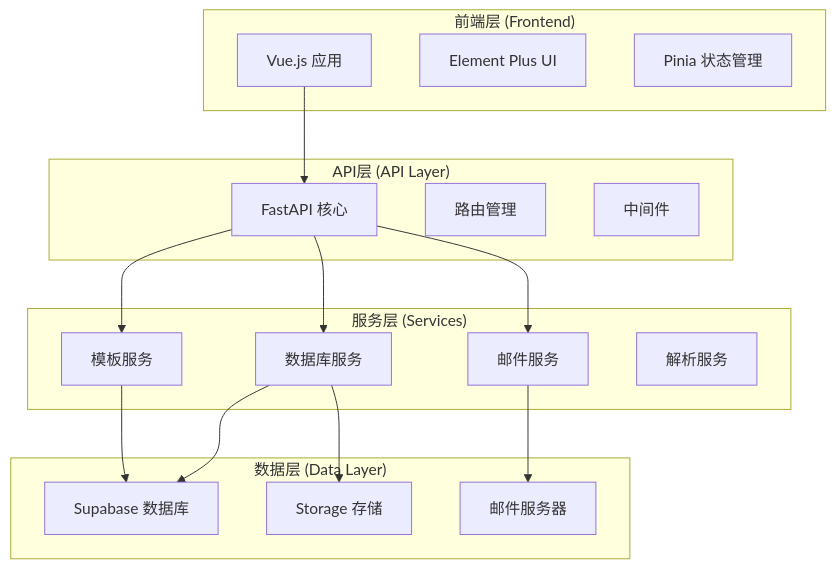
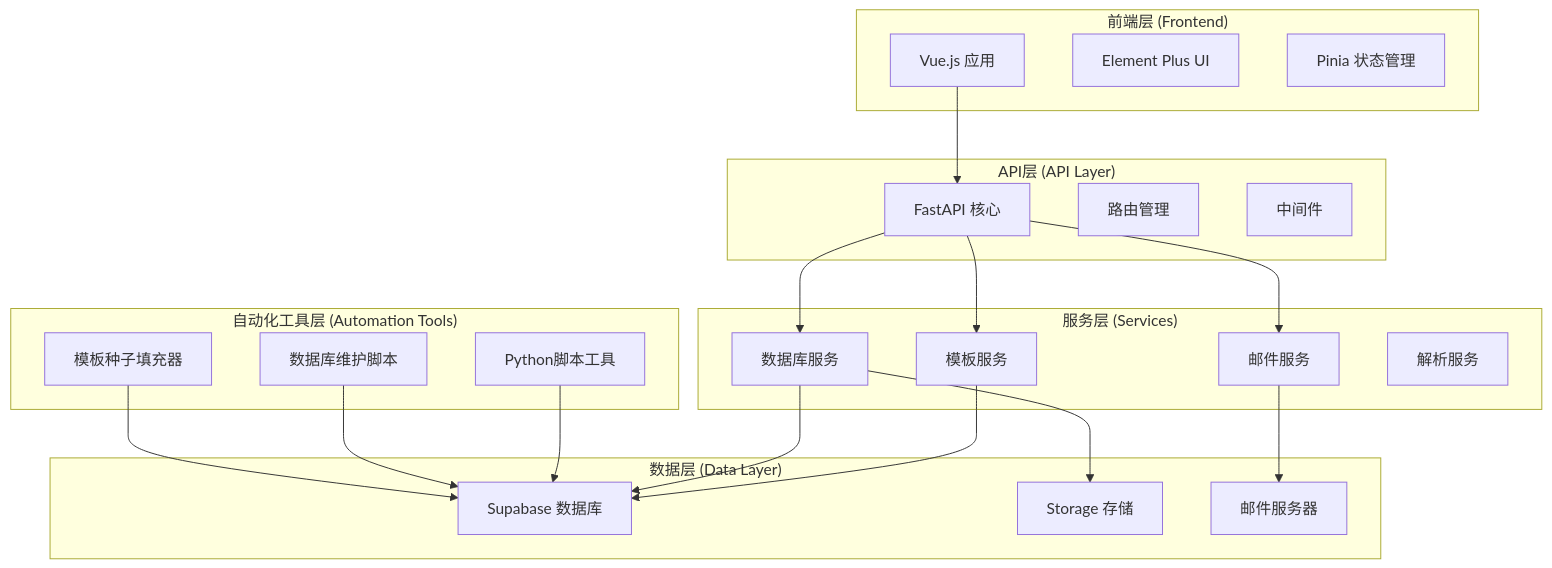
Before and after one commit to SY6621/POD-Order-Management: the first of 9 diagrams in .qoder/repowiki/zh/content/开发指南/邮件模板管理系统.md, drawn with Mermaid. The commit also changed other lines of this file and 18 other files, not shown here.

````diff
--- a/.qoder/repowiki/zh/content/开发指南/邮件模板管理系统.md
+++ b/.qoder/repowiki/zh/content/开发指南/邮件模板管理系统.md
@@ -40,32 +57,40 @@
 ```mermaid
 graph TB
 subgraph "前端层 (Frontend)"
 FE1[Vue.js 应用]
 FE2[Element Plus UI]
 FE3[Pinia 状态管理]
 end
 subgraph "API层 (API Layer)"
 API1[FastAPI 核心]
 API2[路由管理]
 API3[中间件]
 end
 subgraph "服务层 (Services)"
 SVC1[邮件服务]
 SVC2[模板服务]
 SVC3[数据库服务]
 SVC4[解析服务]
 end
 subgraph "数据层 (Data Layer)"
 DB1[Supabase 数据库]
 DB2[Storage 存储]
 DB3[邮件服务器]
 end
+subgraph "自动化工具层 (Automation Tools)"
+AUTO1[Python脚本工具]
+AUTO2[数据库维护脚本]
+AUTO3[模板种子填充器]
+end
 FE1 --> API1
 API1 --> SVC1
 API1 --> SVC2
 API1 --> SVC3
 SVC1 --> DB3
 SVC2 --> DB1
 SVC3 --> DB1
 SVC3 --> DB2
+AUTO1 --> DB1
+AUTO2 --> DB1
+AUTO3 --> DB1
 ```
````
